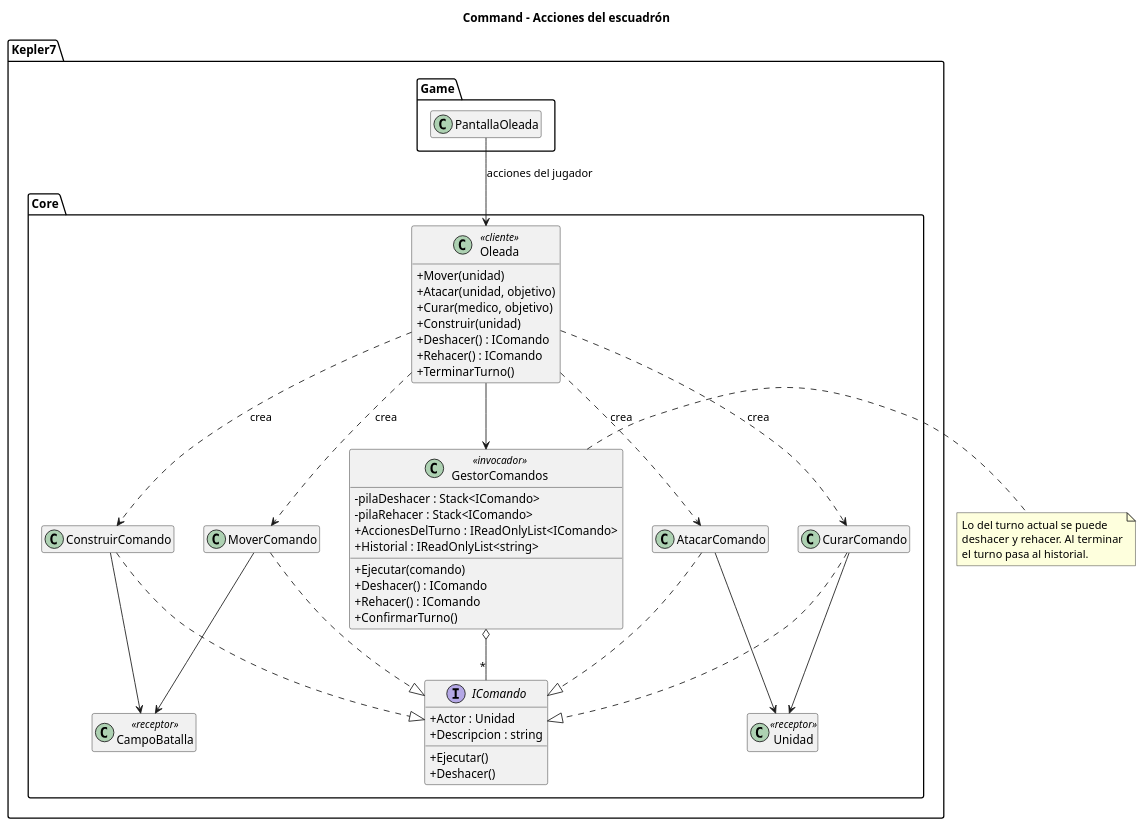
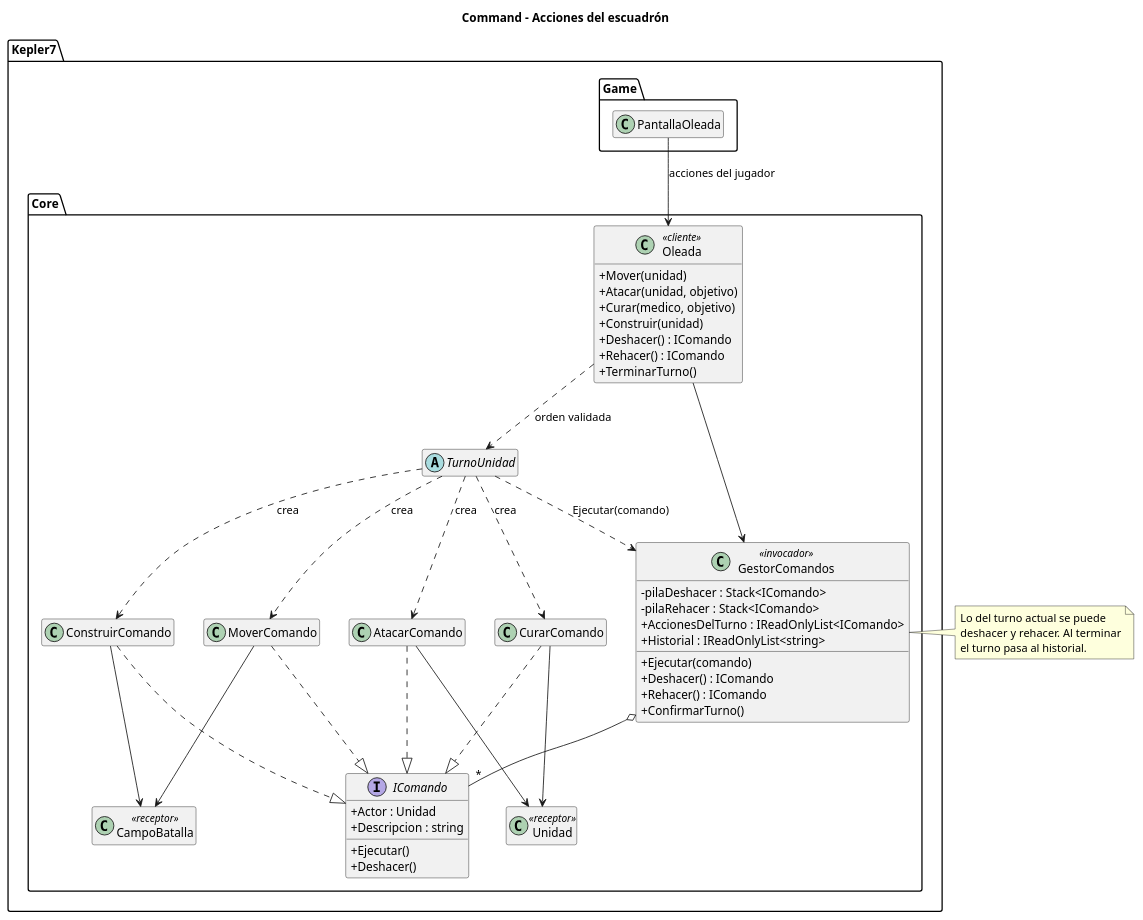
Before and after one commit to ivan-leonel-reser/Kepler7: the diagram in docs/uml/command.puml, drawn with PlantUML. The commit also changed 1 other file, not shown here.

Commit message:
docs(uml): diagrama de Template Method y quien crea los comandos

```diff
--- a/docs/uml/command.puml
+++ b/docs/uml/command.puml
@@ -1,71 +1,75 @@
 @startuml command
 title Command - Acciones del escuadrón
 skinparam classAttributeIconSize 0
 hide empty members
 
 package "Kepler7.Game" {
   class PantallaOleada
 }
 
 package "Kepler7.Core" {
   class Oleada <<cliente>> {
     +Mover(unidad)
     +Atacar(unidad, objetivo)
     +Curar(medico, objetivo)
     +Construir(unidad)
     +Deshacer() : IComando
     +Rehacer() : IComando
     +TerminarTurno()
   }
 
   class GestorComandos <<invocador>> {
     -pilaDeshacer : Stack<IComando>
     -pilaRehacer : Stack<IComando>
     +AccionesDelTurno : IReadOnlyList<IComando>
     +Historial : IReadOnlyList<string>
     +Ejecutar(comando)
     +Deshacer() : IComando
     +Rehacer() : IComando
     +ConfirmarTurno()
   }
 
   interface IComando {
     +Actor : Unidad
     +Descripcion : string
     +Ejecutar()
     +Deshacer()
   }
 
   class MoverComando
   class AtacarComando
   class CurarComando
   class ConstruirComando
 
+  abstract class TurnoUnidad
+
   class CampoBatalla <<receptor>>
   class Unidad <<receptor>>
 }
 
 PantallaOleada --> Oleada : acciones del jugador
 Oleada --> GestorComandos
-Oleada ..> MoverComando : crea
-Oleada ..> AtacarComando : crea
-Oleada ..> CurarComando : crea
-Oleada ..> ConstruirComando : crea
+Oleada ..> TurnoUnidad : orden validada
+TurnoUnidad ..> GestorComandos : Ejecutar(comando)
+TurnoUnidad ..> MoverComando : crea
+TurnoUnidad ..> AtacarComando : crea
+TurnoUnidad ..> CurarComando : crea
+TurnoUnidad ..> ConstruirComando : crea
 GestorComandos o-- "*" IComando
 
 MoverComando ..|> IComando
 AtacarComando ..|> IComando
 CurarComando ..|> IComando
 ConstruirComando ..|> IComando
 
 MoverComando --> CampoBatalla
 ConstruirComando --> CampoBatalla
 AtacarComando --> Unidad
 CurarComando --> Unidad
 
 note right of GestorComandos
   Lo del turno actual se puede
   deshacer y rehacer. Al terminar
   el turno pasa al historial.
 end note
 @enduml
```
